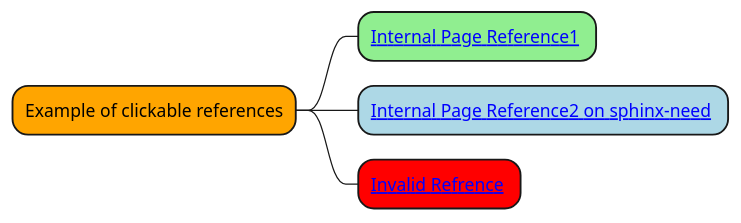
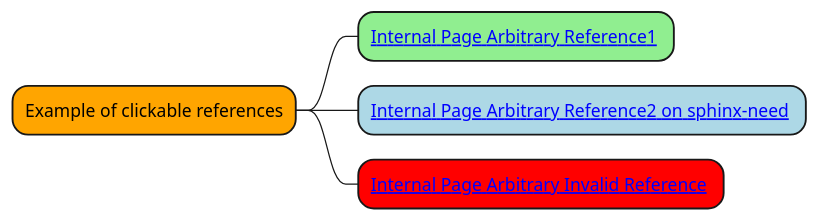
One commit to mi-parkes/sphinx-diagram-connect changed the diagram in doc/source/test/textx/testz/test-plantuml3.rst. Above: the diagram before and after it, drawn with PlantUML. The commit also changed 54 other files, not shown here.

```diff
--- a/doc/source/test/textx/testz/test-plantuml3.rst
+++ b/doc/source/test/textx/testz/test-plantuml3.rst
@@ -16,12 +16,12 @@
 .. uml::
     :caption: PlantUML Caption with **bold** and *italic*
     :name: PlantUML Label2
 
     @startmindmap mindmap2
 
     *[#Orange] Example of clickable references
-    **[#lightgreen] [[ ":ref:`plantuml label1`" Internal Page Reference1 ]]
-    **[#lightblue] [[ ":ref:`N_00001`" Internal Page Reference2 on sphinx-need ]]
-    **[#red] [[ ":ref:`N_00003`" Invalid Refrence ]]
+    **[#lightgreen] [[ ":ref:`plantuml label1`" Internal Page Arbitrary Reference1 ]]
+    **[#lightblue] [[ ":ref:`N_00001`" Internal Page Arbitrary Reference2 on sphinx-need ]]
+    **[#red] [[ ":ref:`N_00003`" Internal Page Arbitrary Invalid Reference ]]
 
     @endmindmap
```
